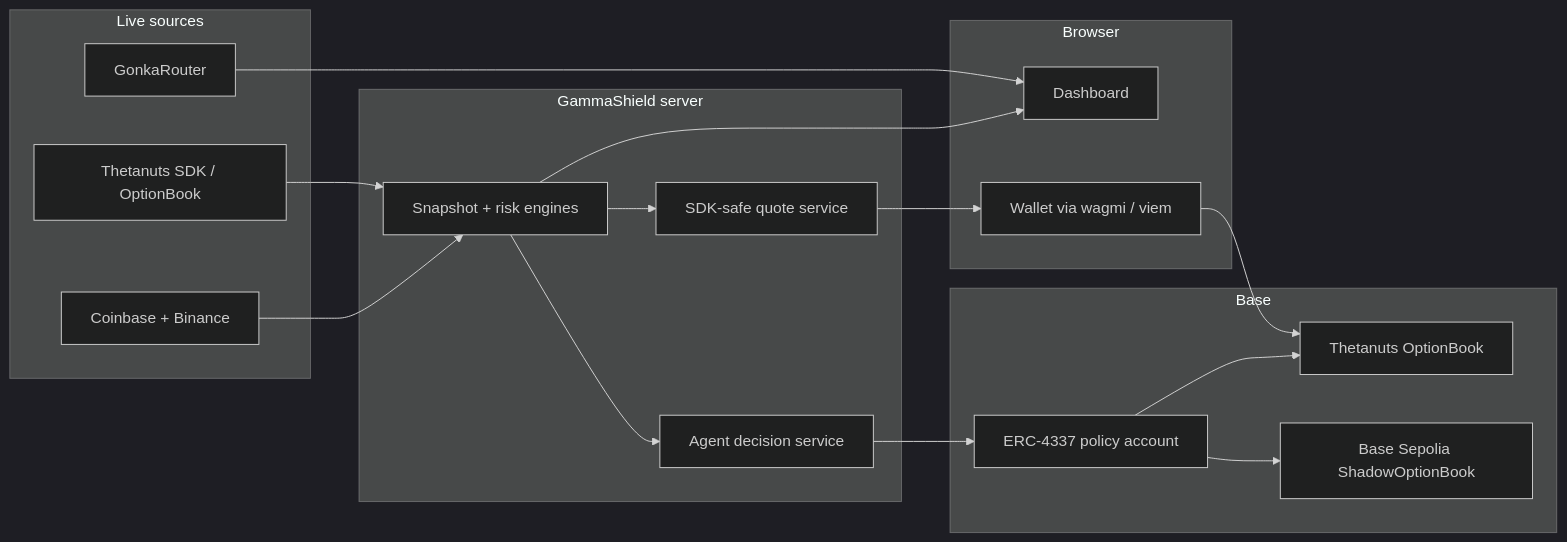
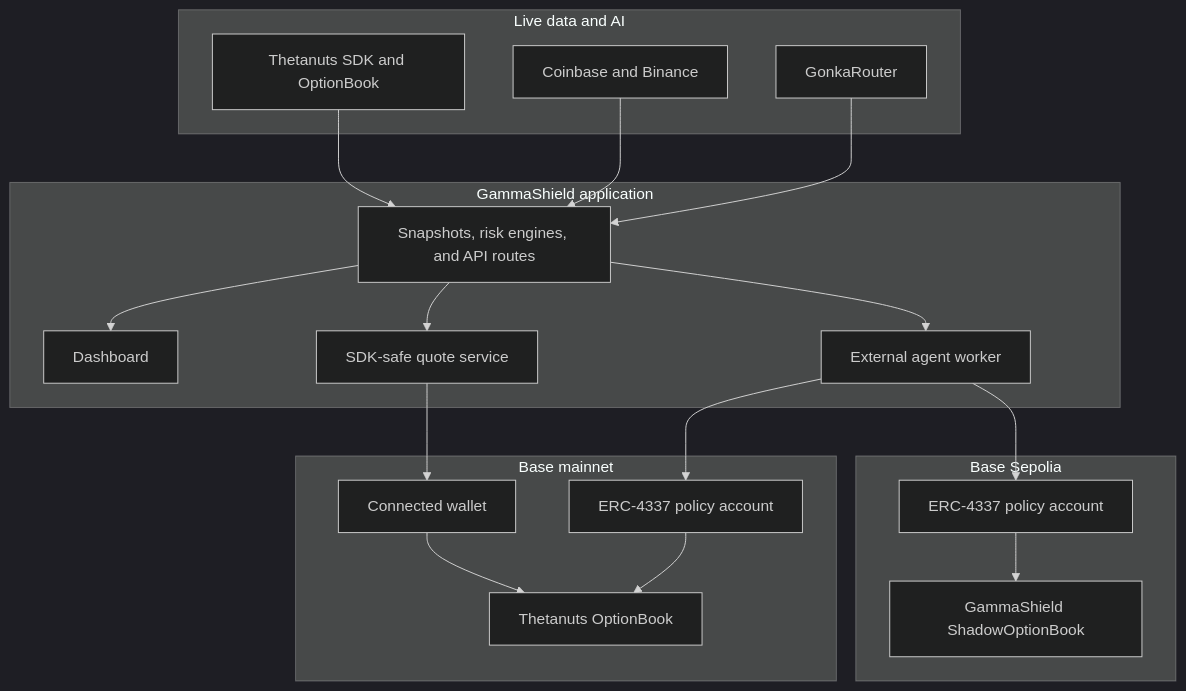
The diagram in README.md (jasonwong1025/GammaShield), drawn with Mermaid (dark theme) before and after one commit.

Commit message:
docs: correct architecture diagram

````diff
--- a/README.md
+++ b/README.md
@@ -281,37 +281,39 @@
 ```mermaid
-flowchart LR
-  subgraph Sources[Live sources]
-    T[Thetanuts SDK / OptionBook]
-    C[Coinbase + Binance]
-    G[GonkaRouter]
+flowchart TB
+  subgraph Sources[Live data and AI]
+    Thetanuts[Thetanuts SDK and OptionBook]
+    Spot[Coinbase and Binance]
+    Gonka[GonkaRouter]
   end
 
-  subgraph Server[GammaShield server]
-    S[Snapshot + risk engines]
-    Q[SDK-safe quote service]
-    A[Agent decision service]
+  subgraph App[GammaShield application]
+    Dashboard[Dashboard]
+    Server[Snapshots, risk engines, and API routes]
+    Quotes[SDK-safe quote service]
+    Worker[External agent worker]
   end
 
-  subgraph Client[Browser]
-    D[Dashboard]
-    W[Wallet via wagmi / viem]
+  subgraph Mainnet[Base mainnet]
+    Wallet[Connected wallet]
+    OptionBook[Thetanuts OptionBook]
+    MainPolicy[ERC-4337 policy account]
   end
 
-  subgraph Chain[Base]
-    O[Thetanuts OptionBook]
-    P[ERC-4337 policy account]
-    B[Base Sepolia ShadowOptionBook]
+  subgraph Sepolia[Base Sepolia]
+    ShadowPolicy[ERC-4337 policy account]
+    ShadowBook[GammaShield ShadowOptionBook]
   end
 
-  T --> S
-  C --> S
-  G --> D
-  S --> D
-  S --> Q
-  Q --> W
-  W --> O
-  S --> A
-  A --> P
-  P --> B
-  P --> O
+  Thetanuts --> Server
+  Spot --> Server
+  Gonka --> Server
+  Server --> Dashboard
+  Server --> Quotes
+  Quotes --> Wallet
+  Wallet --> OptionBook
+  Server --> Worker
+  Worker --> MainPolicy
+  MainPolicy --> OptionBook
+  Worker --> ShadowPolicy
+  ShadowPolicy --> ShadowBook
 ```
````
